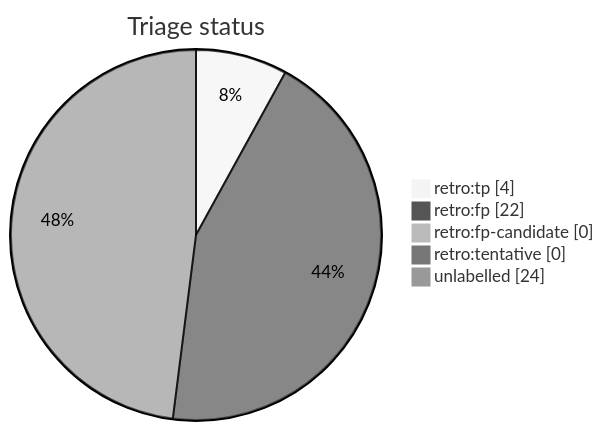
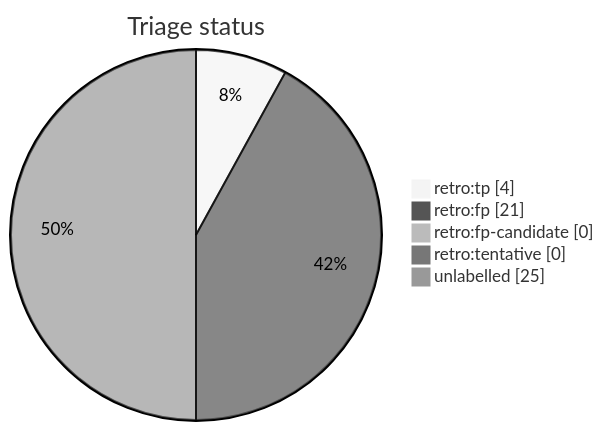
One commit to tvna/claude-md changed the diagram in docs/generated/scripts/auto-retro-triage-report.md. Above: the diagram before and after it, drawn with Mermaid (neutral theme). The commit also changed other lines of this file, not shown here.

First line of the commit message:
chore(auto-retro): refresh triage report

````diff
--- a/docs/generated/scripts/auto-retro-triage-report.md
+++ b/docs/generated/scripts/auto-retro-triage-report.md
@@ -15,9 +15,9 @@
 ```mermaid
 pie showData
     title Triage status
     "retro:tp" : 4
-    "retro:fp" : 22
+    "retro:fp" : 21
     "retro:fp-candidate" : 0
     "retro:tentative" : 0
-    "unlabelled" : 24
+    "unlabelled" : 25
 ```
````
